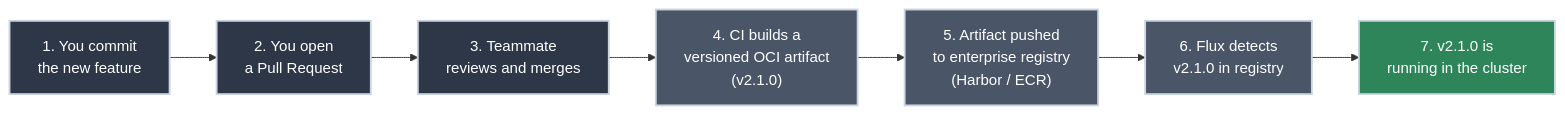
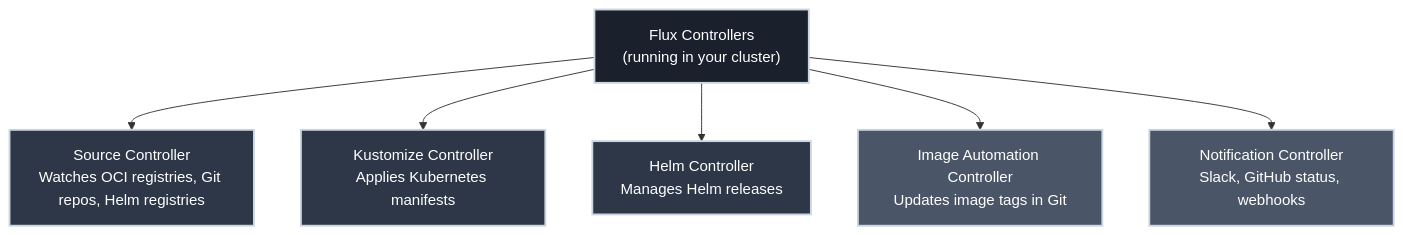
One commit to bradpenney/exploring_gitops changed the third of 3 diagrams in docs/day_one/what_is_gitops.md. Above: the diagram before and after it, drawn with Mermaid. The commit also changed other lines of this file and 12 other files, not shown here.

````diff
--- a/docs/day_one/what_is_gitops.md
+++ b/docs/day_one/what_is_gitops.md
@@ -211,20 +157,23 @@
 ```mermaid
-flowchart LR
-    Code["1. You commit\nthe new feature"]
-    PR["2. You open\na Pull Request"]
-    Review["3. Teammate\nreviews and merges"]
-    CI["4. CI builds a\nversioned OCI artifact\n(v2.1.0)"]
-    Registry["5. Artifact pushed\nto enterprise registry\n(Harbor / ECR)"]
-    Flux["6. Flux detects\nv2.1.0 in registry"]
-    Running["7. v2.1.0 is\nrunning in the cluster"]
+flowchart TD
+    FluxControllers["Flux Controllers<br/>(running in your cluster)"]
 
-    Code --> PR --> Review --> CI --> Registry --> Flux --> Running
+    Source["Source Controller<br/>Watches OCI registries, Git repos, Helm registries"]
+    Kustomize["Kustomize Controller<br/>Applies Kubernetes manifests"]
+    Helm["Helm Controller<br/>Manages Helm releases"]
+    Image["Image Automation Controller<br/>Updates image tags in Git"]
+    Notify["Notification Controller<br/>Slack, GitHub status, webhooks"]
 
-    style Code fill:#2d3748,stroke:#cbd5e0,stroke-width:2px,color:#fff
-    style PR fill:#2d3748,stroke:#cbd5e0,stroke-width:2px,color:#fff
-    style Review fill:#2d3748,stroke:#cbd5e0,stroke-width:2px,color:#fff
-    style CI fill:#4a5568,stroke:#cbd5e0,stroke-width:2px,color:#fff
-    style Registry fill:#4a5568,stroke:#cbd5e0,stroke-width:2px,color:#fff
-    style Flux fill:#4a5568,stroke:#cbd5e0,stroke-width:2px,color:#fff
-    style Running fill:#2f855a,stroke:#cbd5e0,stroke-width:2px,color:#fff
+    FluxControllers --> Source
+    FluxControllers --> Kustomize
+    FluxControllers --> Helm
+    FluxControllers --> Image
+    FluxControllers --> Notify
+
+    style FluxControllers fill:#1a202c,stroke:#cbd5e0,stroke-width:2px,color:#fff
+    style Source fill:#2d3748,stroke:#cbd5e0,stroke-width:2px,color:#fff
+    style Kustomize fill:#2d3748,stroke:#cbd5e0,stroke-width:2px,color:#fff
+    style Helm fill:#2d3748,stroke:#cbd5e0,stroke-width:2px,color:#fff
+    style Image fill:#4a5568,stroke:#cbd5e0,stroke-width:2px,color:#fff
+    style Notify fill:#4a5568,stroke:#cbd5e0,stroke-width:2px,color:#fff
 ```
````
